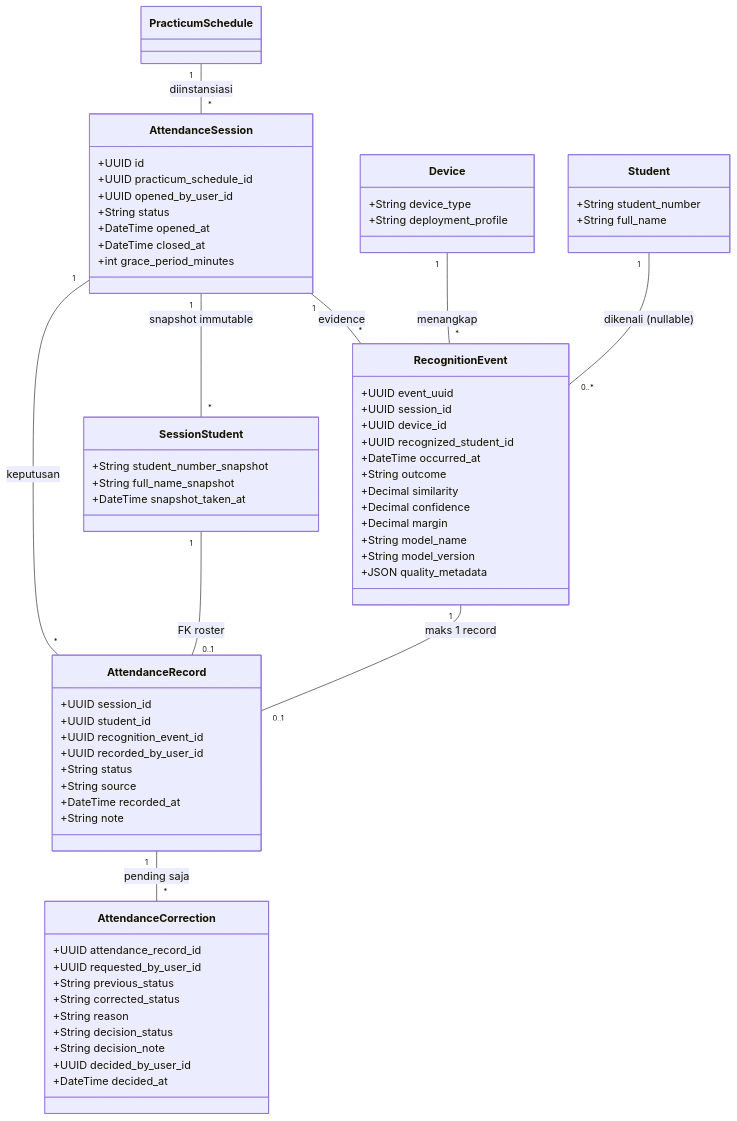
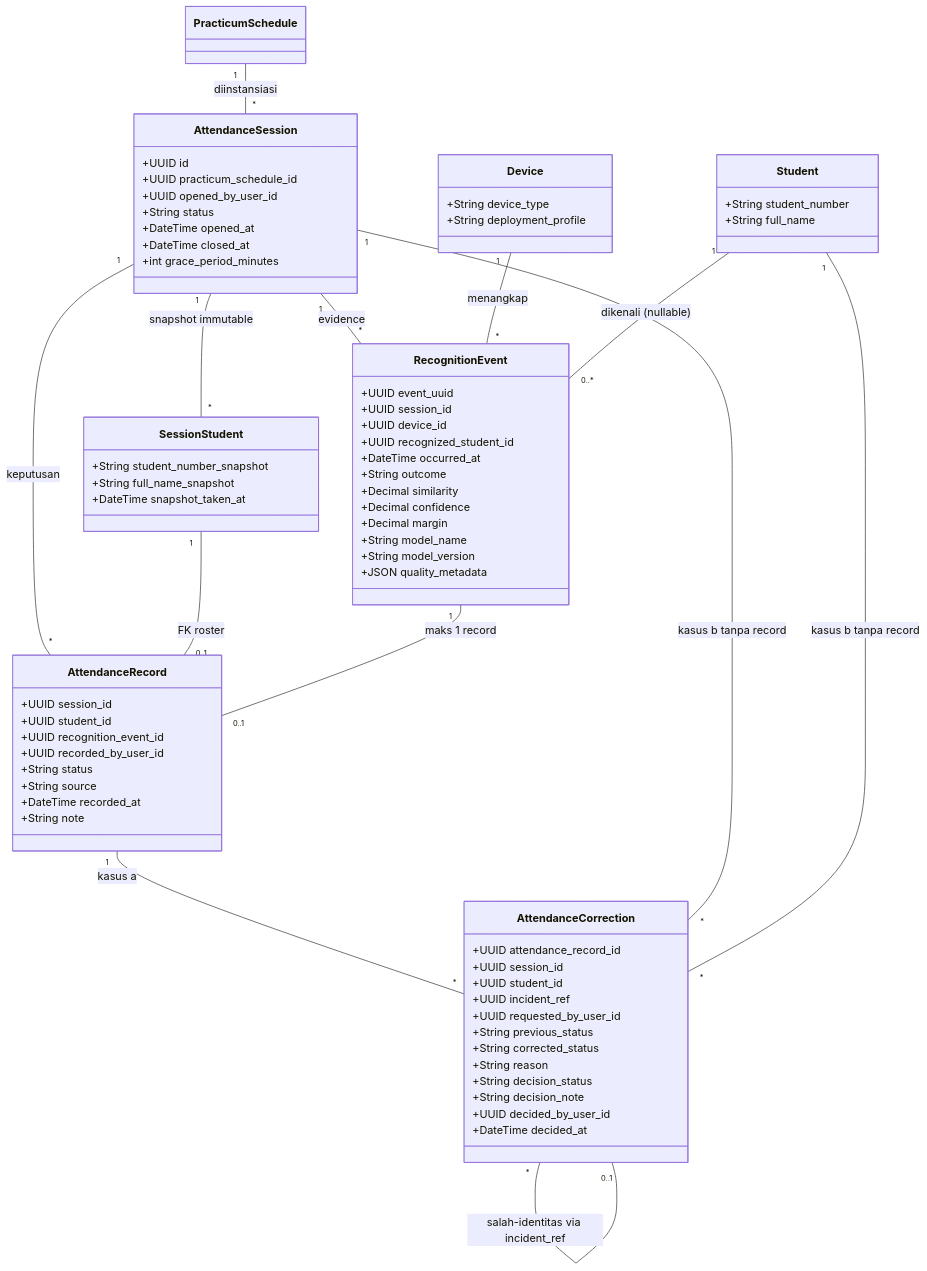
Before and after one commit to mygads/Face-Recognition-Capstone: the fourth of 6 diagrams in docs/proposal/07-data-dan-class.md, drawn with Mermaid. The commit also changed other lines of this file and 242 other files, not shown here.

````diff
--- a/docs/proposal/07-data-dan-class.md
+++ b/docs/proposal/07-data-dan-class.md
@@ -140,69 +172,75 @@
 ```mermaid
 classDiagram
   class AttendanceSession {
     +UUID id
     +UUID practicum_schedule_id
     +UUID opened_by_user_id
     +String status
     +DateTime opened_at
     +DateTime closed_at
     +int grace_period_minutes
   }
   class SessionStudent {
     +String student_number_snapshot
     +String full_name_snapshot
     +DateTime snapshot_taken_at
   }
   class RecognitionEvent {
     +UUID event_uuid
     +UUID session_id
     +UUID device_id
     +UUID recognized_student_id
     +DateTime occurred_at
     +String outcome
     +Decimal similarity
     +Decimal confidence
     +Decimal margin
     +String model_name
     +String model_version
     +JSON quality_metadata
   }
   class AttendanceRecord {
     +UUID session_id
     +UUID student_id
     +UUID recognition_event_id
     +UUID recorded_by_user_id
     +String status
     +String source
     +DateTime recorded_at
     +String note
   }
   class AttendanceCorrection {
     +UUID attendance_record_id
+    +UUID session_id
+    +UUID student_id
+    +UUID incident_ref
     +UUID requested_by_user_id
     +String previous_status
     +String corrected_status
     +String reason
     +String decision_status
     +String decision_note
     +UUID decided_by_user_id
     +DateTime decided_at
   }
   class Device {
     +String device_type
     +String deployment_profile
   }
   class Student {
     +String student_number
     +String full_name
   }
   PracticumSchedule "1" -- "*" AttendanceSession : diinstansiasi
   AttendanceSession "1" -- "*" SessionStudent : snapshot immutable
   AttendanceSession "1" -- "*" RecognitionEvent : evidence
   AttendanceSession "1" -- "*" AttendanceRecord : keputusan
   Device "1" -- "*" RecognitionEvent : menangkap
   Student "1" -- "0..*" RecognitionEvent : dikenali (nullable)
   SessionStudent "1" -- "0..1" AttendanceRecord : FK roster
   RecognitionEvent "1" -- "0..1" AttendanceRecord : maks 1 record
-  AttendanceRecord "1" -- "*" AttendanceCorrection : pending saja
+  AttendanceRecord "1" -- "*" AttendanceCorrection : kasus a
+  AttendanceSession "1" -- "*" AttendanceCorrection : kasus b tanpa record
+  Student "1" -- "*" AttendanceCorrection : kasus b tanpa record
+  AttendanceCorrection "*" -- "0..1" AttendanceCorrection : salah-identitas via incident_ref
 ```
````
